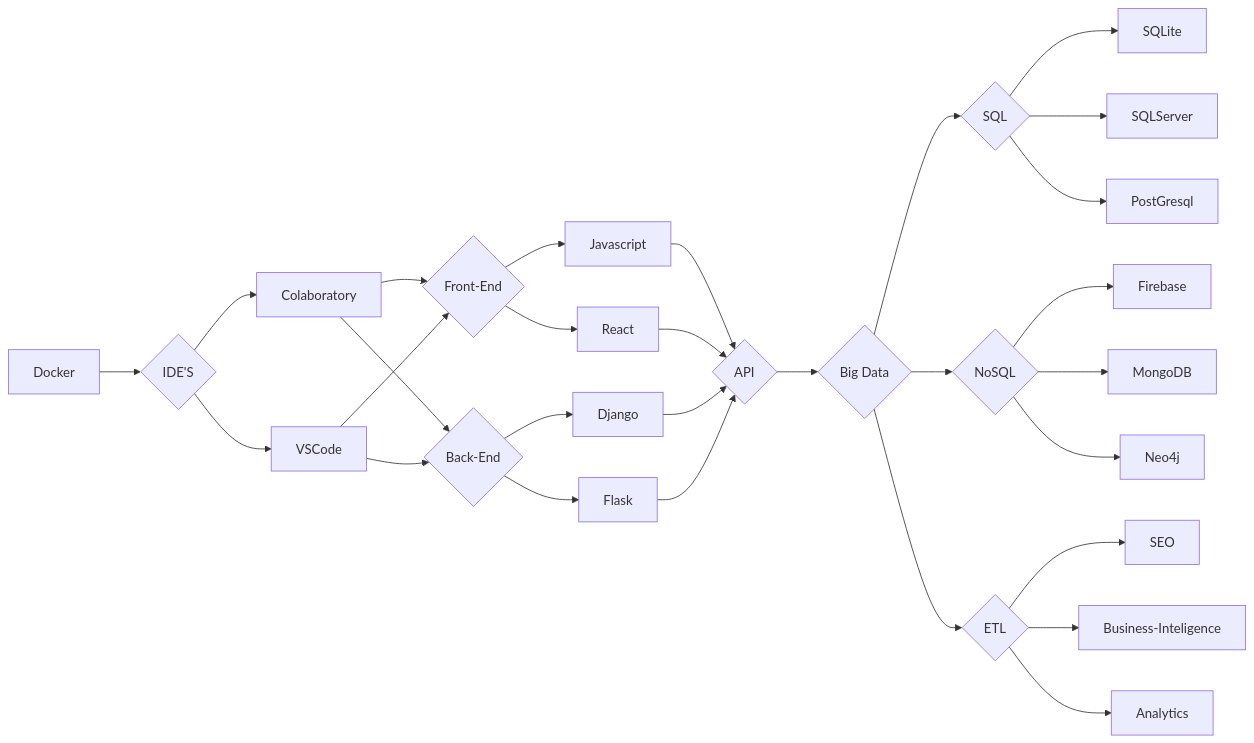
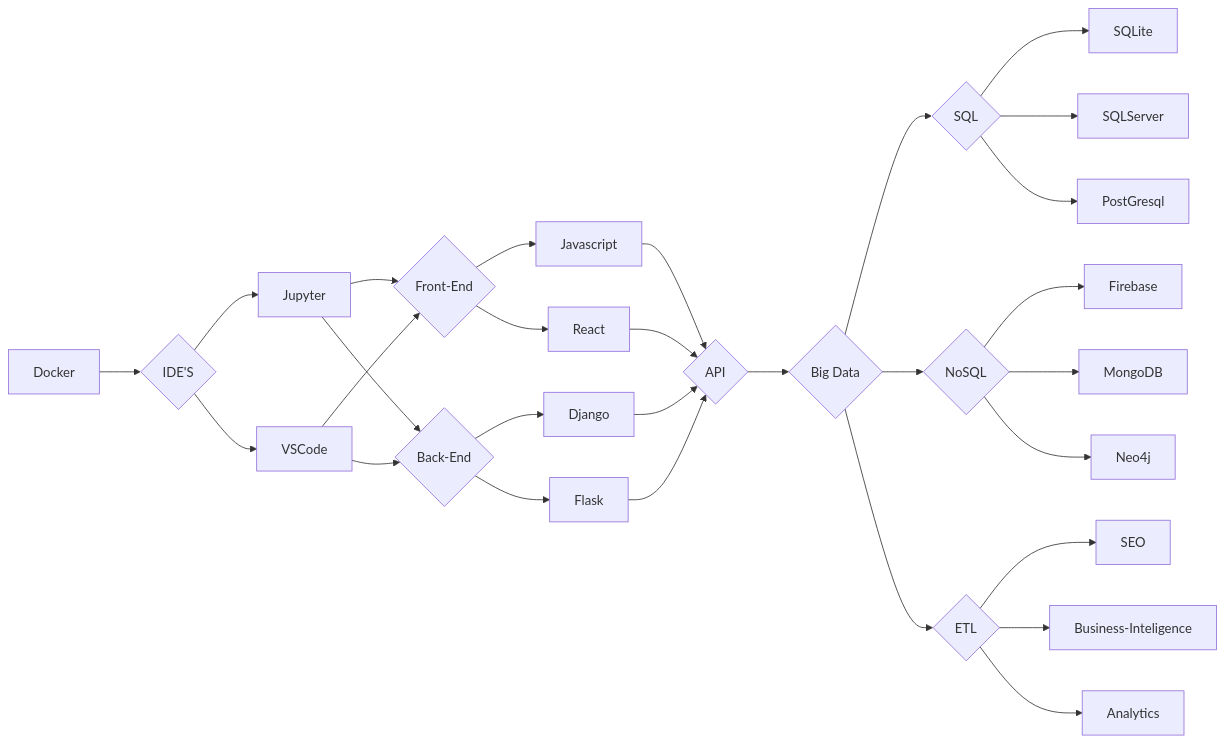
The first of 2 diagrams in README.md (SauloCandeira/SauloCandeira), drawn with Mermaid before and after one commit.

````diff
--- a/README.md
+++ b/README.md
@@ -62,40 +62,40 @@
 ```mermaid
 flowchart LR
 
 M[Docker] --> Z{IDE'S} 
 
 Z{IDE'S} --> K[Jupyter]
 Z  --> L
 
-K[Colaboratory] --> A{Front-End} 
+K[Jupyter] --> A{Front-End} 
 K --> B{Back-End}
 L[VSCode] --> A{Front-End} 
 L --> B{Back-End}
 
 A{Front-End} --> I[Javascript] --> O{API} 
 A{Front-End} --> J[React] --> O{API} 
 
 B{Back-End} --> G[Django] --> O{API} 
 B{Back-End} --> H[Flask] --> O{API} 
 
 
 
 O{API} --> N{Big Data}
 
 N{Big Data} --> T{SQL}
 T --> U[SQLite]
 T --> V[SQLServer]
 T --> X[PostGresql]
 
 N{Big Data} --> C{NoSQL}
 
 N --> P{ETL}
 P --> Q[SEO]
 P --> R[Business-Inteligence]
 P --> S[Analytics]
 
 
 C --> D[Firebase]
 C --> E[MongoDB]
 C --> F[Neo4j]
 ```
````
